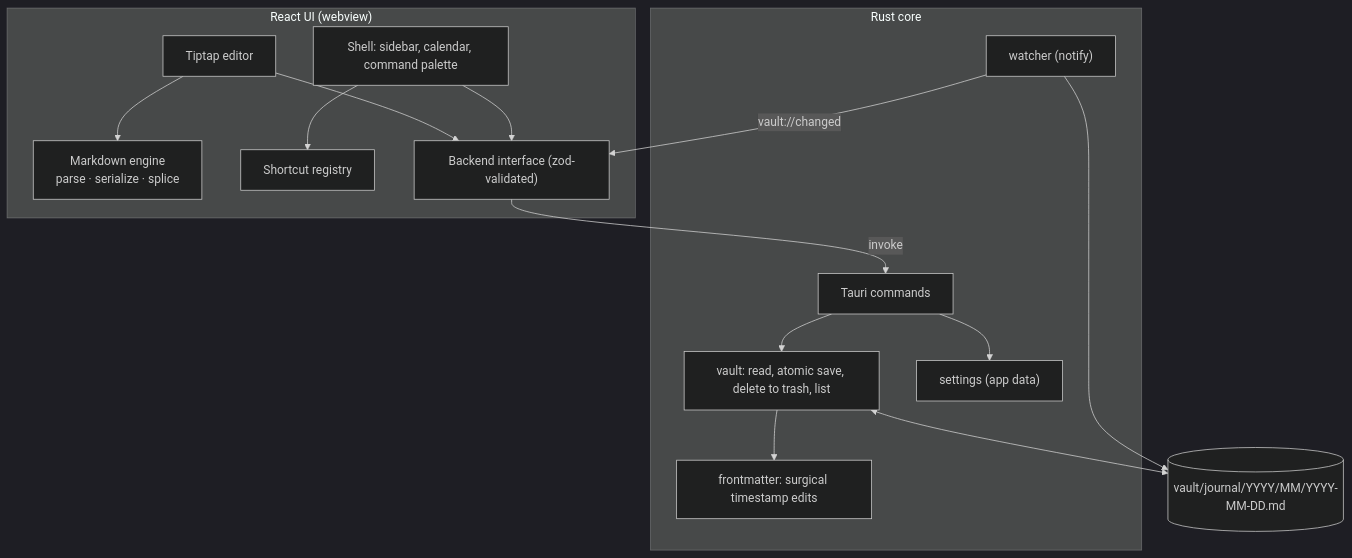
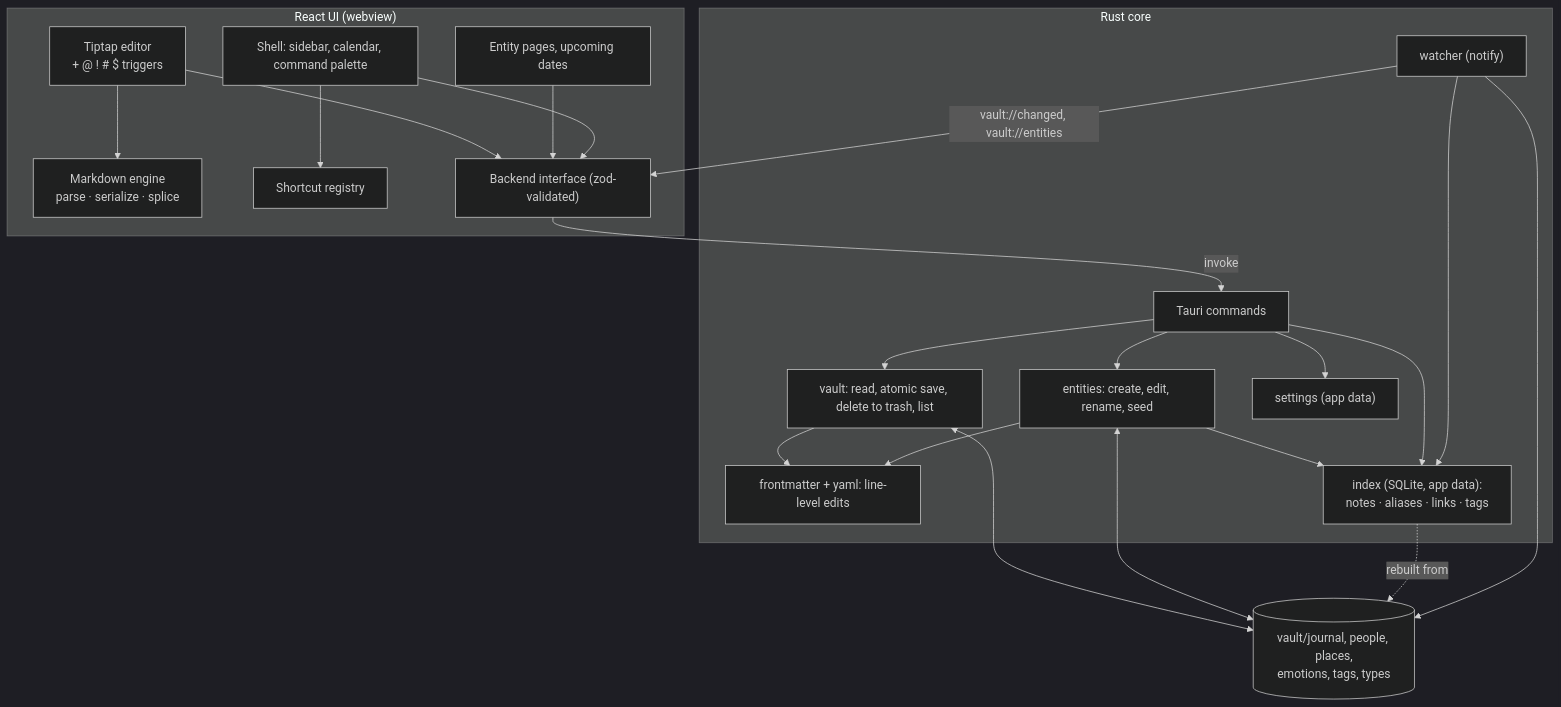
One commit to shouryan01/dhyana changed the diagram in docs/architecture.md. Above: the diagram before and after it, drawn with Mermaid (dark theme). The commit also changed other lines of this file and 20 other files, not shown here.

Commit message:
Quick commands (@ ! # $), entity pages, upcoming dates, docs for 0.2

````diff
--- a/docs/architecture.md
+++ b/docs/architecture.md
@@ -3,27 +3,37 @@
 ```mermaid
 flowchart TB
   subgraph UI["React UI (webview)"]
     Shell["Shell: sidebar, calendar, command palette"]
-    Editor["Tiptap editor"]
+    Editor["Tiptap editor<br/>+ @ ! # $ triggers"]
+    Pages["Entity pages, upcoming dates"]
     MD["Markdown engine<br/>parse · serialize · splice"]
     Reg["Shortcut registry"]
     Backend["Backend interface (zod-validated)"]
     Shell --> Reg
     Editor --> MD
     Editor --> Backend
+    Pages --> Backend
     Shell --> Backend
   end
   subgraph Core["Rust core"]
     Cmd["Tauri commands"]
     Vault["vault: read, atomic save, delete to trash, list"]
-    FM["frontmatter: surgical timestamp edits"]
+    Ent["entities: create, edit, rename, seed"]
+    FM["frontmatter + yaml: line-level edits"]
+    Idx["index (SQLite, app data):<br/>notes · aliases · links · tags"]
     Set["settings (app data)"]
     Watch["watcher (notify)"]
     Cmd --> Vault --> FM
+    Cmd --> Ent --> FM
+    Ent --> Idx
+    Cmd --> Idx
     Cmd --> Set
-    Watch -->|"vault://changed"| Backend
+    Watch --> Idx
+    Watch -->|"vault://changed, vault://entities"| Backend
   end
   Backend -->|"invoke"| Cmd
-  Vault <--> Files[("vault/journal/YYYY/MM/YYYY-MM-DD.md")]
+  Vault <--> Files[("vault/journal, people, places,<br/>emotions, tags, types")]
+  Ent <--> Files
+  Idx -. "rebuilt from" .-> Files
   Watch --> Files
 ```
````
